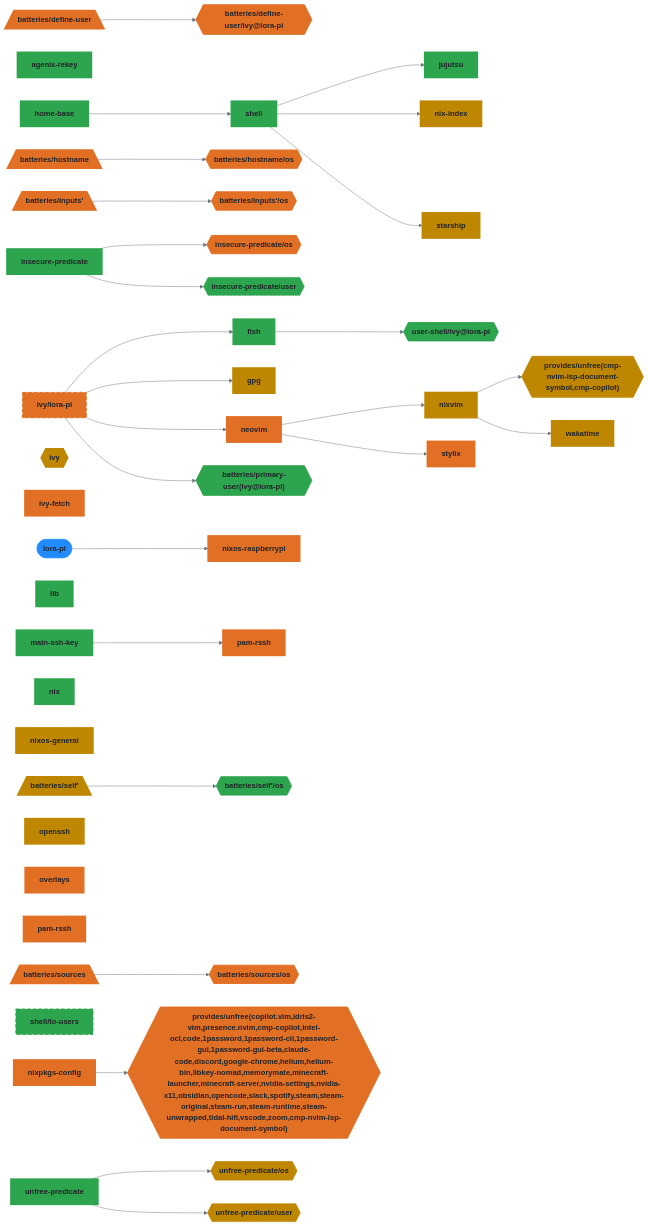
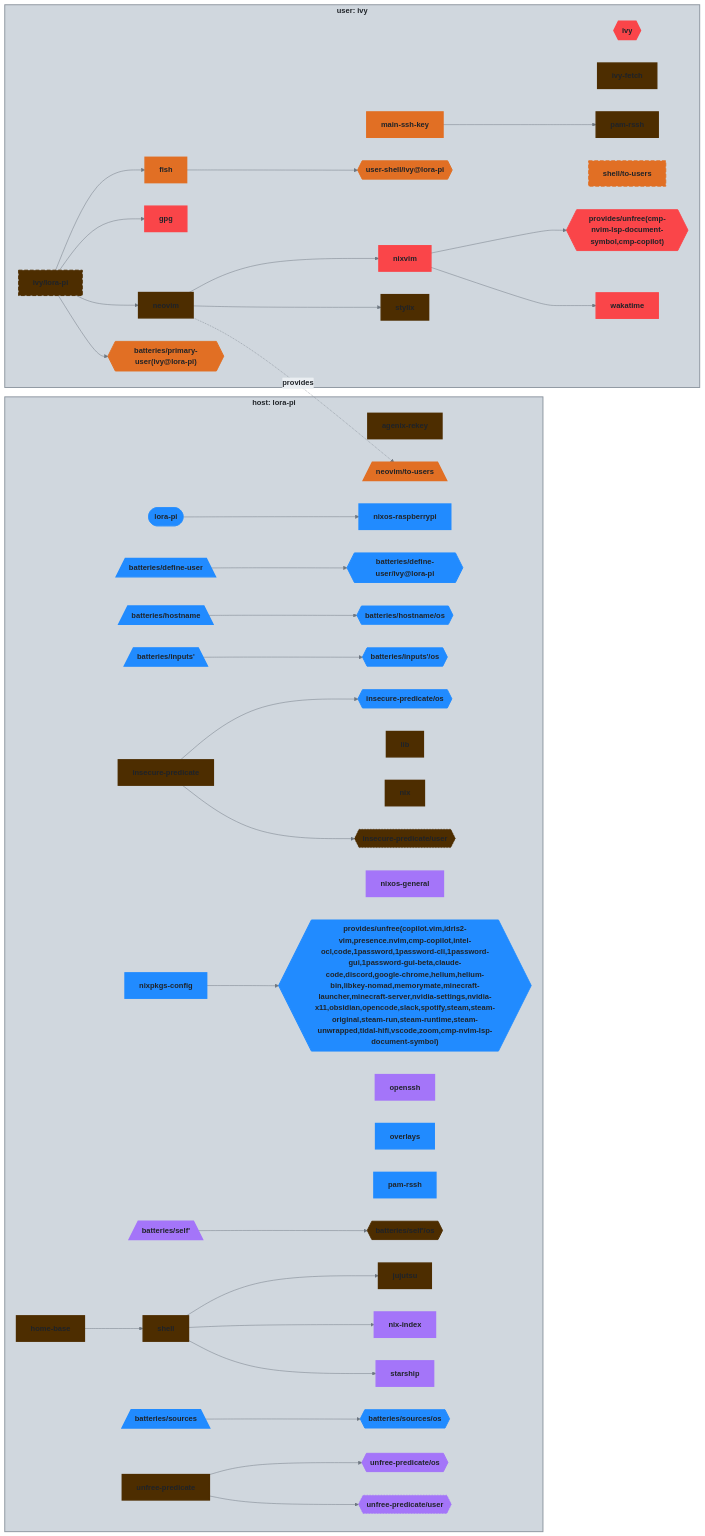
One commit to auscyber/dotfiles changed the fourth of 9 diagrams in README.md. Above: the diagram before and after it, drawn with Mermaid. The commit also changed other lines of this file and 1 other file, not shown here.

````diff
--- a/README.md
+++ b/README.md
@@ -568,11 +620,11 @@
 %%{init: {"theme":"base","themeVariables":{"activationBkgColor":"#d0d7de","activationBorderColor":"#8c959f","actorBkg":"#d0d7de","actorBorder":"#6e7781","actorLineColor":"#6e7781","actorTextColor":"#424a53","background":"#eaeef2","classText":"#424a53","clusterBkg":"#d0d7de","clusterBorder":"#8c959f","edgeLabelBackground":"#eaeef2","labelBoxBkgColor":"#d0d7de","labelBoxBorderColor":"#6e7781","labelTextColor":"#424a53","lineColor":"#6e7781","loopTextColor":"#424a53","mainBkg":"#d0d7de","nodeBkg":"#d0d7de","nodeBorder":"#6e7781","nodeTextColor":"#424a53","noteBkgColor":"#d0d7de","noteBorderColor":"#8c959f","noteTextColor":"#424a53","pie1":"#fa4549","pie2":"#e16f24","pie3":"#bf8700","pie4":"#2da44e","pie5":"#339D9B","pie6":"#218bff","pie7":"#a475f9","pie8":"#4d2d00","pieLegendTextColor":"#424a53","pieOuterStrokeColor":"#8c959f","pieSectionTextColor":"#424a53","pieStrokeColor":"#8c959f","pieTitleTextColor":"#424a53","primaryBorderColor":"#6e7781","primaryColor":"#d0d7de","primaryTextColor":"#424a53","secondBkg":"#d0d7de","secondaryBorderColor":"#8c959f","secondaryColor":"#d0d7de","secondaryTextColor":"#424a53","sequenceNumberColor":"#eaeef2","signalColor":"#6e7781","signalTextColor":"#424a53","tertiaryBorderColor":"#8c959f","tertiaryColor":"#d0d7de","tertiaryTextColor":"#424a53","textColor":"#424a53","titleColor":"#424a53"}}}%%
 graph LR
   lora_pi([lora-pi]):::root
+
+  subgraph ctx_host_lora_pi["host: lora-pi"]
   agenix_rekey["agenix-rekey"]:::agenix_rekey_c
   den__batteries__define_user[/"batteries/define-user"\]:::den__batteries__define_user_c
   den__batteries__define_user__ivy_lora_pi{{"batteries/define-user/ivy@lora-pi"}}:::den__batteries__define_user__ivy_lora_pi_c
-  fish["fish"]:::fish_c
-  gpg["gpg"]:::gpg_c
   home_base["home-base"]:::home_base_c
   den__batteries__hostname[/"batteries/hostname"\]:::den__batteries__hostname_c
   den__batteries__hostname__os{{"batteries/hostname/os"}}:::den__batteries__hostname__os_c
@@ -581,112 +633,122 @@
   insecure_predicate["insecure-predicate"]:::insecure_predicate_c
   insecure_predicate__os{{"insecure-predicate/os"}}:::insecure_predicate__os_c
   insecure_predicate__user{{"insecure-predicate/user"}}:::insecure_predicate__user_c
-  ivy{{"ivy"}}:::ivy_c
-  ivy_fetch["ivy-fetch"]:::ivy_fetch_c
-  ivy__lora_pi["ivy/lora-pi"]:::ivy__lora_pi_c
   jujutsu["jujutsu"]:::jujutsu_c
   lib["lib"]:::lib_c
-  main_ssh_key["main-ssh-key"]:::main_ssh_key_c
-  neovim["neovim"]:::neovim_c
   nix["nix"]:::nix_c
   nix_index["nix-index"]:::nix_index_c
   nixos_general["nixos-general"]:::nixos_general_c
   nixos_raspberrypi["nixos-raspberrypi"]:::nixos_raspberrypi_c
   nixpkgs_config_host_lora_pi["nixpkgs-config"]:::nixpkgs_config_host_lora_pi_c
-  nixvim["nixvim"]:::nixvim_c
   openssh["openssh"]:::openssh_c
   overlays["overlays"]:::overlays_c
   pam_rssh_host_lora_pi["pam-rssh"]:::pam_rssh_host_lora_pi_c
-  pam_rssh_user_ivy["pam-rssh"]:::pam_rssh_user_ivy_c
-  den__batteries__primary_user_ivy_lora_pi_{{"batteries/primary-user(ivy@lora-pi)"}}:::den__batteries__primary_user_ivy_lora_pi__c
   den__batteries__self_[/"batteries/self'"\]:::den__batteries__self__c
   den__batteries__self___os{{"batteries/self'/os"}}:::den__batteries__self___os_c
   shell["shell"]:::shell_c
-  shell__to_users["shell/to-users"]:::shell__to_users_c
   den__batteries__sources[/"batteries/sources"\]:::den__batteries__sources_c
   den__batteries__sources__os{{"batteries/sources/os"}}:::den__batteries__sources__os_c
   starship["starship"]:::starship_c
-  stylix["stylix"]:::stylix_c
-  den__provides__unfree_cmp_nvim_lsp_document_symbol_cmp_copilot_{{"provides/unfree(cmp-nvim-lsp-document-symbol,cmp-copilot)"}}:::den__provides__unfree_cmp_nvim_lsp_document_symbol_cmp_copilot__c
+  neovim__to_users[/"neovim/to-users"\]:::neovim__to_users_c
   den__provides__unfree_copilot_vim_idris2_vim_presence_nvim_cmp_copilot_intel_ocl_code_1password_1password_cli_1password_gui_1password_gui_beta_claude_code_discord_google_chrome_helium_helium_bin_libkey_nomad_memorymate_minecraft_launcher_minecraft_server_nvidia_settings_nvidia_x11_obsidian_opencode_slack_spotify_steam_steam_original_steam_run_steam_runtime_steam_unwrapped_tidal_hifi_vscode_zoom_cmp_nvim_lsp_document_symbol_{{"provides/unfree(copilot.vim,idris2-vim,presence.nvim,cmp-copilot,intel-ocl,code,1password,1password-cli,1password-gui,1password-gui-beta,claude-code,discord,google-chrome,helium,helium-bin,libkey-nomad,memorymate,minecraft-launcher,minecraft-server,nvidia-settings,nvidia-x11,obsidian,opencode,slack,spotify,steam,steam-original,steam-run,steam-runtime,steam-unwrapped,tidal-hifi,vscode,zoom,cmp-nvim-lsp-document-symbol)"}}:::den__provides__unfree_copilot_vim_idris2_vim_presence_nvim_cmp_copilot_intel_ocl_code_1password_1password_cli_1password_gui_1password_gui_beta_claude_code_discord_google_chrome_helium_helium_bin_libkey_nomad_memorymate_minecraft_launcher_minecraft_server_nvidia_settings_nvidia_x11_obsidian_opencode_slack_spotify_steam_steam_original_steam_run_steam_runtime_steam_unwrapped_tidal_hifi_vscode_zoom_cmp_nvim_lsp_document_symbol__c
   unfree_predicate["unfree-predicate"]:::unfree_predicate_c
   unfree_predicate__os{{"unfree-predicate/os"}}:::unfree_predicate__os_c
   unfree_predicate__user{{"unfree-predicate/user"}}:::unfree_predicate__user_c
-  user_shell__ivy_lora_pi{{"user-shell/ivy@lora-pi"}}:::user_shell__ivy_lora_pi_c
-  wakatime["wakatime"]:::wakatime_c
-
   den__batteries__define_user --> den__batteries__define_user__ivy_lora_pi
   den__batteries__hostname --> den__batteries__hostname__os
   den__batteries__inputs_ --> den__batteries__inputs___os
   den__batteries__self_ --> den__batteries__self___os
   den__batteries__sources --> den__batteries__sources__os
-  fish --> user_shell__ivy_lora_pi
   home_base --> shell
   insecure_predicate --> insecure_predicate__os
   insecure_predicate --> insecure_predicate__user
-  ivy__lora_pi --> fish
-  ivy__lora_pi --> gpg
-  ivy__lora_pi --> neovim
-  ivy__lora_pi --> den__batteries__primary_user_ivy_lora_pi_
   lora_pi --> nixos_raspberrypi
-  main_ssh_key --> pam_rssh_user_ivy
-  neovim --> nixvim
-  neovim --> stylix
   nixpkgs_config_host_lora_pi --> den__provides__unfree_copilot_vim_idris2_vim_presence_nvim_cmp_copilot_intel_ocl_code_1password_1password_cli_1password_gui_1password_gui_beta_claude_code_discord_google_chrome_helium_helium_bin_libkey_nomad_memorymate_minecraft_launcher_minecraft_server_nvidia_settings_nvidia_x11_obsidian_opencode_slack_spotify_steam_steam_original_steam_run_steam_runtime_steam_unwrapped_tidal_hifi_vscode_zoom_cmp_nvim_lsp_document_symbol_
-  nixvim --> den__provides__unfree_cmp_nvim_lsp_document_symbol_cmp_copilot_
-  nixvim --> wakatime
   shell --> jujutsu
   shell --> nix_index
   shell --> starship
   unfree_predicate --> unfree_predicate__os
   unfree_predicate --> unfree_predicate__user
+  end
+  subgraph ctx_user_ivy["user: ivy"]
+  fish["fish"]:::fish_c
+  gpg["gpg"]:::gpg_c
+  ivy{{"ivy"}}:::ivy_c
+  ivy_fetch["ivy-fetch"]:::ivy_fetch_c
+  ivy__lora_pi["ivy/lora-pi"]:::ivy__lora_pi_c
+  main_ssh_key["main-ssh-key"]:::main_ssh_key_c
+  neovim["neovim"]:::neovim_c
+  nixvim["nixvim"]:::nixvim_c
+  pam_rssh_user_ivy["pam-rssh"]:::pam_rssh_user_ivy_c
+  den__batteries__primary_user_ivy_lora_pi_{{"batteries/primary-user(ivy@lora-pi)"}}:::den__batteries__primary_user_ivy_lora_pi__c
+  shell__to_users["shell/to-users"]:::shell__to_users_c
+  stylix["stylix"]:::stylix_c
+  den__provides__unfree_cmp_nvim_lsp_document_symbol_cmp_copilot_{{"provides/unfree(cmp-nvim-lsp-document-symbol,cmp-copilot)"}}:::den__provides__unfree_cmp_nvim_lsp_document_symbol_cmp_copilot__c
+  user_shell__ivy_lora_pi{{"user-shell/ivy@lora-pi"}}:::user_shell__ivy_lora_pi_c
+  wakatime["wakatime"]:::wakatime_c
+  fish --> user_shell__ivy_lora_pi
+  ivy__lora_pi --> fish
+  ivy__lora_pi --> gpg
+  ivy__lora_pi --> neovim
+  ivy__lora_pi --> den__batteries__primary_user_ivy_lora_pi_
+  main_ssh_key --> pam_rssh_user_ivy
+  neovim --> nixvim
+  neovim --> stylix
+  nixvim --> den__provides__unfree_cmp_nvim_lsp_document_symbol_cmp_copilot_
+  nixvim --> wakatime
+  end
+
+  neovim -.->|provides| neovim__to_users
 
   classDef root fill:#218bff,stroke:#218bff,color:#1f2328,font-weight:bold
-  classDef agenix_rekey_c fill:#2da44e,stroke:#2da44e,color:#1f2328,stroke-width:3px
-  classDef den__batteries__define_user_c fill:#e16f24,stroke:#e16f24,color:#1f2328,stroke-width:3px
-  classDef den__batteries__define_user__ivy_lora_pi_c fill:#e16f24,stroke:#e16f24,color:#1f2328,stroke-width:2px
-  classDef fish_c fill:#2da44e,stroke:#2da44e,color:#1f2328,stroke-width:3px
-  classDef gpg_c fill:#bf8700,stroke:#bf8700,color:#1f2328,stroke-width:3px
-  classDef home_base_c fill:#2da44e,stroke:#2da44e,color:#1f2328,stroke-width:3px
-  classDef den__batteries__hostname_c fill:#e16f24,stroke:#e16f24,color:#1f2328,stroke-width:3px
-  classDef den__batteries__hostname__os_c fill:#e16f24,stroke:#e16f24,color:#1f2328,stroke-width:2px
-  classDef den__batteries__inputs__c fill:#e16f24,stroke:#e16f24,color:#1f2328,stroke-width:3px
-  classDef den__batteries__inputs___os_c fill:#e16f24,stroke:#e16f24,color:#1f2328,stroke-width:2px
-  classDef insecure_predicate_c fill:#2da44e,stroke:#2da44e,color:#1f2328,stroke-width:3px
-  classDef insecure_predicate__os_c fill:#e16f24,stroke:#e16f24,color:#1f2328,stroke-width:2px
-  classDef insecure_predicate__user_c fill:#2da44e,stroke:#2da44e,color:#1f2328,stroke-dasharray: 3 3,stroke-width:1px
-  classDef ivy_c fill:#bf8700,stroke:#bf8700,color:#1f2328,stroke-width:3px
-  classDef ivy_fetch_c fill:#e16f24,stroke:#e16f24,color:#1f2328,stroke-width:3px
-  classDef ivy__lora_pi_c fill:#e16f24,stroke:#e16f24,color:#1f2328,stroke-width:2px,stroke-dasharray: 8 4
-  classDef jujutsu_c fill:#2da44e,stroke:#2da44e,color:#1f2328,stroke-width:3px
-  classDef lib_c fill:#2da44e,stroke:#2da44e,color:#1f2328,stroke-width:3px
-  classDef lora_pi_c fill:#e16f24,stroke:#e16f24,color:#1f2328,stroke-width:3px
-  classDef main_ssh_key_c fill:#2da44e,stroke:#2da44e,color:#1f2328,stroke-width:3px
-  classDef neovim_c fill:#e16f24,stroke:#e16f24,color:#1f2328,stroke-width:3px
-  classDef nix_c fill:#2da44e,stroke:#2da44e,color:#1f2328,stroke-width:3px
-  classDef nix_index_c fill:#bf8700,stroke:#bf8700,color:#1f2328,stroke-width:3px
-  classDef nixos_general_c fill:#bf8700,stroke:#bf8700,color:#1f2328,stroke-width:3px
-  classDef nixos_raspberrypi_c fill:#e16f24,stroke:#e16f24,color:#1f2328,stroke-width:3px
-  classDef nixpkgs_config_host_lora_pi_c fill:#e16f24,stroke:#e16f24,color:#1f2328,stroke-width:3px
-  classDef nixvim_c fill:#bf8700,stroke:#bf8700,color:#1f2328,stroke-width:3px
-  classDef openssh_c fill:#bf8700,stroke:#bf8700,color:#1f2328,stroke-width:3px
-  classDef overlays_c fill:#e16f24,stroke:#e16f24,color:#1f2328,stroke-width:3px
-  classDef pam_rssh_host_lora_pi_c fill:#e16f24,stroke:#e16f24,color:#1f2328,stroke-width:3px
-  classDef pam_rssh_user_ivy_c fill:#e16f24,stroke:#e16f24,color:#1f2328,stroke-width:3px
-  classDef den__batteries__primary_user_ivy_lora_pi__c fill:#2da44e,stroke:#2da44e,color:#1f2328,stroke-width:2px
-  classDef den__batteries__self__c fill:#bf8700,stroke:#bf8700,color:#1f2328,stroke-width:3px
-  classDef den__batteries__self___os_c fill:#2da44e,stroke:#2da44e,color:#1f2328,stroke-width:2px
-  classDef shell_c fill:#2da44e,stroke:#2da44e,color:#1f2328,stroke-width:3px
-  classDef shell__to_users_c fill:#2da44e,stroke:#2da44e,color:#1f2328,stroke-width:2px,stroke-dasharray: 8 4
-  classDef den__batteries__sources_c fill:#e16f24,stroke:#e16f24,color:#1f2328,stroke-width:3px
-  classDef den__batteries__sources__os_c fill:#e16f24,stroke:#e16f24,color:#1f2328,stroke-width:2px
-  classDef starship_c fill:#bf8700,stroke:#bf8700,color:#1f2328,stroke-width:3px
-  classDef stylix_c fill:#e16f24,stroke:#e16f24,color:#1f2328,stroke-width:3px
-  classDef den__provides__unfree_cmp_nvim_lsp_document_symbol_cmp_copilot__c fill:#bf8700,stroke:#bf8700,color:#1f2328,stroke-width:2px
-  classDef den__provides__unfree_copilot_vim_idris2_vim_presence_nvim_cmp_copilot_intel_ocl_code_1password_1password_cli_1password_gui_1password_gui_beta_claude_code_discord_google_chrome_helium_helium_bin_libkey_nomad_memorymate_minecraft_launcher_minecraft_server_nvidia_settings_nvidia_x11_obsidian_opencode_slack_spotify_steam_steam_original_steam_run_steam_runtime_steam_unwrapped_tidal_hifi_vscode_zoom_cmp_nvim_lsp_document_symbol__c fill:#e16f24,stroke:#e16f24,color:#1f2328,stroke-width:2px
-  classDef unfree_predicate_c fill:#2da44e,stroke:#2da44e,color:#1f2328,stroke-width:3px
-  classDef unfree_predicate__os_c fill:#bf8700,stroke:#bf8700,color:#1f2328,stroke-width:2px
-  classDef unfree_predicate__user_c fill:#bf8700,stroke:#bf8700,color:#1f2328,stroke-dasharray: 3 3,stroke-width:1px
-  classDef user_shell__ivy_lora_pi_c fill:#2da44e,stroke:#2da44e,color:#1f2328,stroke-width:2px
-  classDef wakatime_c fill:#bf8700,stroke:#bf8700,color:#1f2328,stroke-width:3px
+  classDef agenix_rekey_c fill:#4d2d00,stroke:#4d2d00,color:#1f2328,stroke-width:3px
+  classDef den__batteries__define_user_c fill:#218bff,stroke:#218bff,color:#1f2328,stroke-width:3px
+  classDef den__batteries__define_user__ivy_lora_pi_c fill:#218bff,stroke:#218bff,color:#1f2328,stroke-width:2px
+  classDef fish_c fill:#e16f24,stroke:#e16f24,color:#1f2328,stroke-width:3px
+  classDef gpg_c fill:#fa4549,stroke:#fa4549,color:#1f2328,stroke-width:3px
+  classDef home_base_c fill:#4d2d00,stroke:#4d2d00,color:#1f2328,stroke-width:3px
+  classDef den__batteries__hostname_c fill:#218bff,stroke:#218bff,color:#1f2328,stroke-width:3px
+  classDef den__batteries__hostname__os_c fill:#218bff,stroke:#218bff,color:#1f2328,stroke-width:2px
+  classDef den__batteries__inputs__c fill:#218bff,stroke:#218bff,color:#1f2328,stroke-width:3px
+  classDef den__batteries__inputs___os_c fill:#218bff,stroke:#218bff,color:#1f2328,stroke-width:2px
+  classDef insecure_predicate_c fill:#4d2d00,stroke:#4d2d00,color:#1f2328,stroke-width:3px
+  classDef insecure_predicate__os_c fill:#218bff,stroke:#218bff,color:#1f2328,stroke-width:2px
+  classDef insecure_predicate__user_c fill:#4d2d00,stroke:#4d2d00,color:#1f2328,stroke-dasharray: 3 3,stroke-width:1px
+  classDef ivy_c fill:#fa4549,stroke:#fa4549,color:#1f2328,stroke-width:3px
+  classDef ivy_fetch_c fill:#4d2d00,stroke:#4d2d00,color:#1f2328,stroke-width:3px
+  classDef ivy__lora_pi_c fill:#4d2d00,stroke:#4d2d00,color:#1f2328,stroke-width:2px,stroke-dasharray: 8 4
+  classDef jujutsu_c fill:#4d2d00,stroke:#4d2d00,color:#1f2328,stroke-width:3px
+  classDef lib_c fill:#4d2d00,stroke:#4d2d00,color:#1f2328,stroke-width:3px
+  classDef lora_pi_c fill:#218bff,stroke:#218bff,color:#1f2328,stroke-width:3px
+  classDef main_ssh_key_c fill:#e16f24,stroke:#e16f24,color:#1f2328,stroke-width:3px
+  classDef neovim_c fill:#4d2d00,stroke:#4d2d00,color:#1f2328,stroke-width:3px
+  classDef nix_c fill:#4d2d00,stroke:#4d2d00,color:#1f2328,stroke-width:3px
+  classDef nix_index_c fill:#a475f9,stroke:#a475f9,color:#1f2328,stroke-width:3px
+  classDef nixos_general_c fill:#a475f9,stroke:#a475f9,color:#1f2328,stroke-width:3px
+  classDef nixos_raspberrypi_c fill:#218bff,stroke:#218bff,color:#1f2328,stroke-width:3px
+  classDef nixpkgs_config_host_lora_pi_c fill:#218bff,stroke:#218bff,color:#1f2328,stroke-width:3px
+  classDef nixvim_c fill:#fa4549,stroke:#fa4549,color:#1f2328,stroke-width:3px
+  classDef openssh_c fill:#a475f9,stroke:#a475f9,color:#1f2328,stroke-width:3px
+  classDef overlays_c fill:#218bff,stroke:#218bff,color:#1f2328,stroke-width:3px
+  classDef pam_rssh_host_lora_pi_c fill:#218bff,stroke:#218bff,color:#1f2328,stroke-width:3px
+  classDef pam_rssh_user_ivy_c fill:#4d2d00,stroke:#4d2d00,color:#1f2328,stroke-width:3px
+  classDef den__batteries__primary_user_ivy_lora_pi__c fill:#e16f24,stroke:#e16f24,color:#1f2328,stroke-width:2px
+  classDef den__batteries__self__c fill:#a475f9,stroke:#a475f9,color:#1f2328,stroke-width:3px
+  classDef den__batteries__self___os_c fill:#4d2d00,stroke:#4d2d00,color:#1f2328,stroke-width:2px
+  classDef shell_c fill:#4d2d00,stroke:#4d2d00,color:#1f2328,stroke-width:3px
+  classDef shell__to_users_c fill:#e16f24,stroke:#e16f24,color:#1f2328,stroke-width:2px,stroke-dasharray: 8 4
+  classDef den__batteries__sources_c fill:#218bff,stroke:#218bff,color:#1f2328,stroke-width:3px
+  classDef den__batteries__sources__os_c fill:#218bff,stroke:#218bff,color:#1f2328,stroke-width:2px
+  classDef starship_c fill:#a475f9,stroke:#a475f9,color:#1f2328,stroke-width:3px
+  classDef stylix_c fill:#4d2d00,stroke:#4d2d00,color:#1f2328,stroke-width:3px
+  classDef neovim__to_users_c fill:#e16f24,stroke:#e16f24,color:#1f2328,stroke-width:3px
+  classDef den__provides__unfree_cmp_nvim_lsp_document_symbol_cmp_copilot__c fill:#fa4549,stroke:#fa4549,color:#1f2328,stroke-width:2px
+  classDef den__provides__unfree_copilot_vim_idris2_vim_presence_nvim_cmp_copilot_intel_ocl_code_1password_1password_cli_1password_gui_1password_gui_beta_claude_code_discord_google_chrome_helium_helium_bin_libkey_nomad_memorymate_minecraft_launcher_minecraft_server_nvidia_settings_nvidia_x11_obsidian_opencode_slack_spotify_steam_steam_original_steam_run_steam_runtime_steam_unwrapped_tidal_hifi_vscode_zoom_cmp_nvim_lsp_document_symbol__c fill:#218bff,stroke:#218bff,color:#1f2328,stroke-width:2px
+  classDef unfree_predicate_c fill:#4d2d00,stroke:#4d2d00,color:#1f2328,stroke-width:3px
+  classDef unfree_predicate__os_c fill:#a475f9,stroke:#a475f9,color:#1f2328,stroke-width:2px
+  classDef unfree_predicate__user_c fill:#a475f9,stroke:#a475f9,color:#1f2328,stroke-dasharray: 3 3,stroke-width:1px
+  classDef user_shell__ivy_lora_pi_c fill:#e16f24,stroke:#e16f24,color:#1f2328,stroke-width:2px
+  classDef wakatime_c fill:#fa4549,stroke:#fa4549,color:#1f2328,stroke-width:3px
+style ctx_host_lora_pi fill:#d0d7de,stroke:#8c959f,stroke-width:2px
+style ctx_user_ivy fill:#d0d7de,stroke:#8c959f,stroke-width:2px
 ```
````
